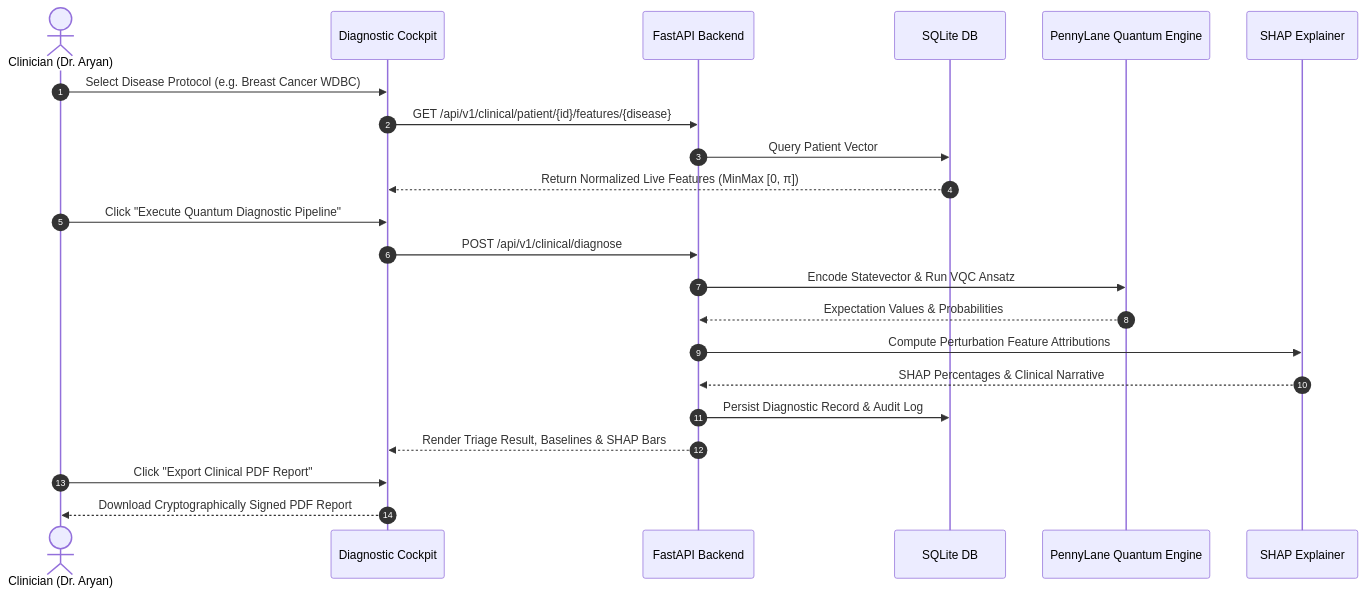
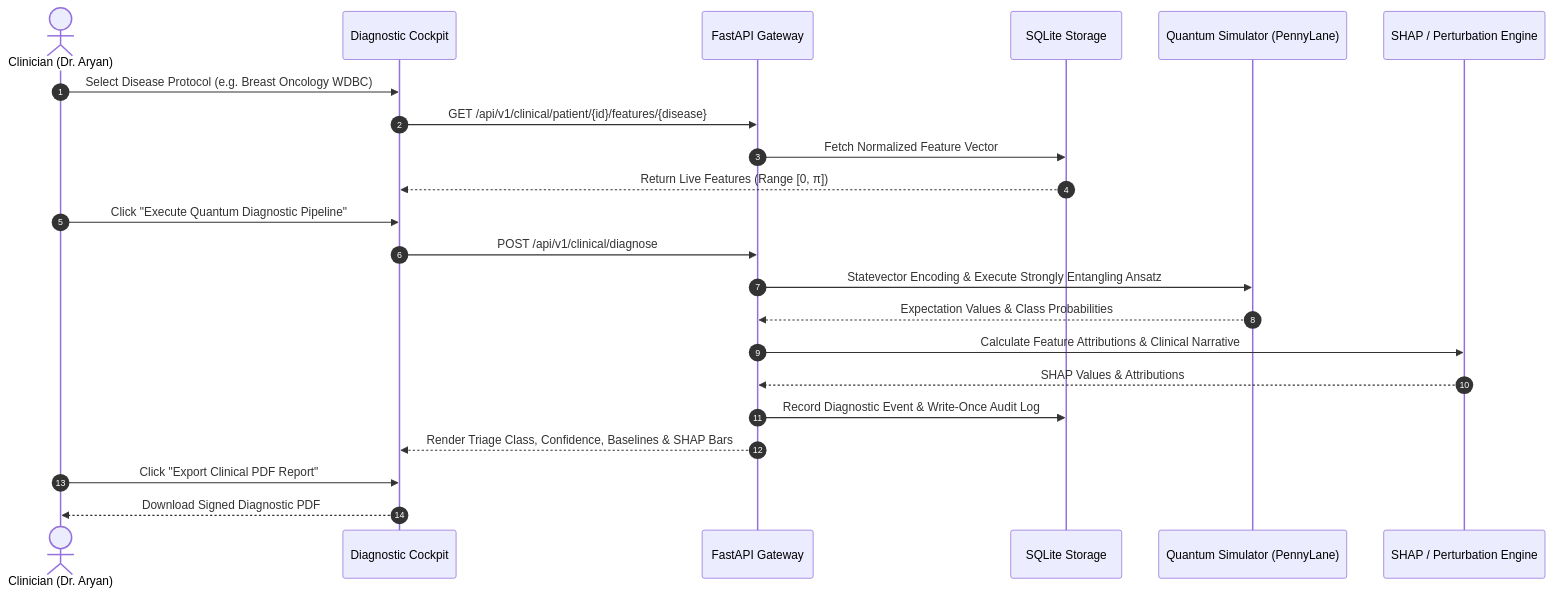
One commit to ARYANCY/QDoc changed the first of 2 diagrams in docs/CLINICAL_WORKFLOWS.md. Above: the diagram before and after it, drawn with Mermaid. The commit also changed other lines of this file and 55 other files, not shown here.

````diff
--- a/docs/CLINICAL_WORKFLOWS.md
+++ b/docs/CLINICAL_WORKFLOWS.md
@@ -9,25 +39,25 @@
 ```mermaid
 sequenceDiagram
     autonumber
-    actor Doctor as Clinician (Dr. Aryan)
+    actor Doc as Clinician (Dr. Aryan)
     participant UI as Diagnostic Cockpit
-    participant API as FastAPI Backend
-    participant DB as SQLite DB
-    participant QML as PennyLane Quantum Engine
-    participant Exp as SHAP Explainer
+    participant API as FastAPI Gateway
+    participant DB as SQLite Storage
+    participant QML as Quantum Simulator (PennyLane)
+    participant Exp as SHAP / Perturbation Engine
 
-    Doctor->>UI: Select Disease Protocol (e.g. Breast Cancer WDBC)
+    Doc->>UI: Select Disease Protocol (e.g. Breast Oncology WDBC)
     UI->>API: GET /api/v1/clinical/patient/{id}/features/{disease}
-    API->>DB: Query Patient Vector
-    DB-->>UI: Return Normalized Live Features (MinMax [0, π])
-    Doctor->>UI: Click "Execute Quantum Diagnostic Pipeline"
+    API->>DB: Fetch Normalized Feature Vector
+    DB-->>UI: Return Live Features (Range [0, π])
+    Doc->>UI: Click "Execute Quantum Diagnostic Pipeline"
     UI->>API: POST /api/v1/clinical/diagnose
-    API->>QML: Encode Statevector & Run VQC Ansatz
-    QML-->>API: Expectation Values & Probabilities
-    API->>Exp: Compute Perturbation Feature Attributions
-    Exp-->>API: SHAP Percentages & Clinical Narrative
-    API->>DB: Persist Diagnostic Record & Audit Log
-    API-->>UI: Render Triage Result, Baselines & SHAP Bars
-    Doctor->>UI: Click "Export Clinical PDF Report"
-    UI-->>Doctor: Download Cryptographically Signed PDF Report
+    API->>QML: Statevector Encoding & Execute Strongly Entangling Ansatz
+    QML-->>API: Expectation Values & Class Probabilities
+    API->>Exp: Calculate Feature Attributions & Clinical Narrative
+    Exp-->>API: SHAP Values & Attributions
+    API->>DB: Record Diagnostic Event & Write-Once Audit Log
+    API-->>UI: Render Triage Class, Confidence, Baselines & SHAP Bars
+    Doc->>UI: Click "Export Clinical PDF Report"
+    UI-->>Doc: Download Signed Diagnostic PDF
 ```
````
